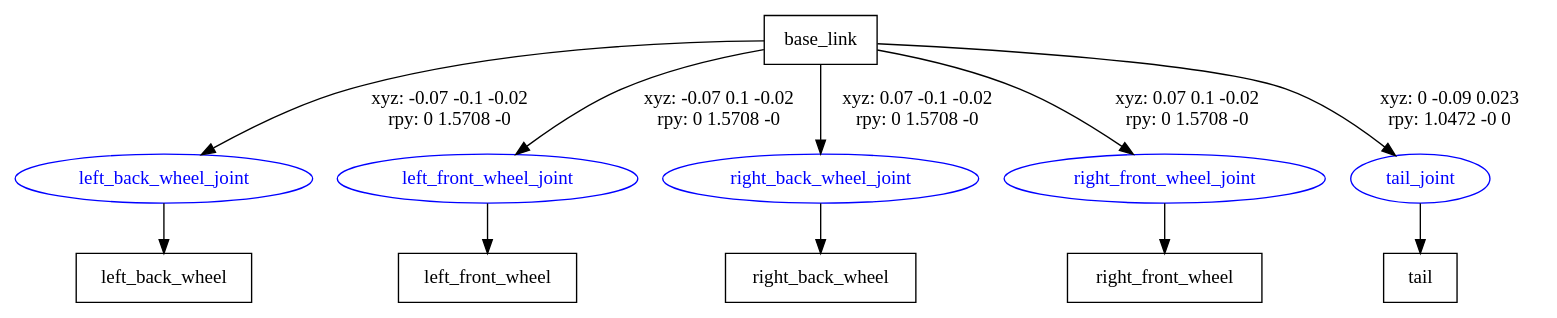
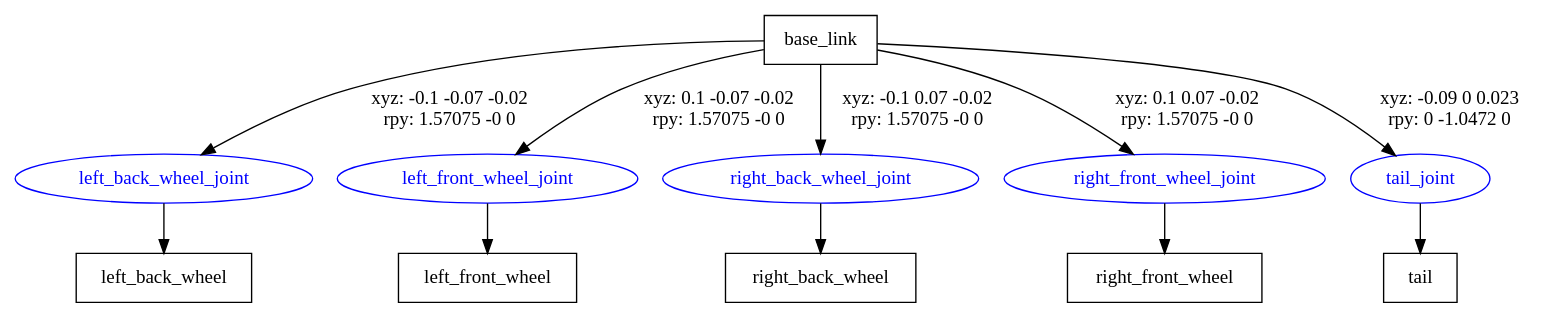
One commit to JoveH-H/ROS_note changed the diagram in hhbot_description/urdf/hhbot.gv. Above: the diagram before and after it, drawn with Graphviz. The commit also changed 8 other files, not shown here.

```diff
--- a/hhbot_description/urdf/hhbot.gv
+++ b/hhbot_description/urdf/hhbot.gv
@@ -1,20 +1,20 @@
 digraph G {
 node [shape=box];
 "base_link" [label="base_link"];
 "left_back_wheel" [label="left_back_wheel"];
 "left_front_wheel" [label="left_front_wheel"];
 "right_back_wheel" [label="right_back_wheel"];
 "right_front_wheel" [label="right_front_wheel"];
 "tail" [label="tail"];
 node [shape=ellipse, color=blue, fontcolor=blue];
-"base_link" -> "left_back_wheel_joint" [label="xyz: -0.07 -0.1 -0.02 \nrpy: 0 1.5708 -0"]
+"base_link" -> "left_back_wheel_joint" [label="xyz: -0.1 -0.07 -0.02 \nrpy: 1.57075 -0 0"]
 "left_back_wheel_joint" -> "left_back_wheel"
-"base_link" -> "left_front_wheel_joint" [label="xyz: -0.07 0.1 -0.02 \nrpy: 0 1.5708 -0"]
+"base_link" -> "left_front_wheel_joint" [label="xyz: 0.1 -0.07 -0.02 \nrpy: 1.57075 -0 0"]
 "left_front_wheel_joint" -> "left_front_wheel"
-"base_link" -> "right_back_wheel_joint" [label="xyz: 0.07 -0.1 -0.02 \nrpy: 0 1.5708 -0"]
+"base_link" -> "right_back_wheel_joint" [label="xyz: -0.1 0.07 -0.02 \nrpy: 1.57075 -0 0"]
 "right_back_wheel_joint" -> "right_back_wheel"
-"base_link" -> "right_front_wheel_joint" [label="xyz: 0.07 0.1 -0.02 \nrpy: 0 1.5708 -0"]
+"base_link" -> "right_front_wheel_joint" [label="xyz: 0.1 0.07 -0.02 \nrpy: 1.57075 -0 0"]
 "right_front_wheel_joint" -> "right_front_wheel"
-"base_link" -> "tail_joint" [label="xyz: 0 -0.09 0.023 \nrpy: 1.0472 -0 0"]
+"base_link" -> "tail_joint" [label="xyz: -0.09 0 0.023 \nrpy: 0 -1.0472 0"]
 "tail_joint" -> "tail"
 }
```
